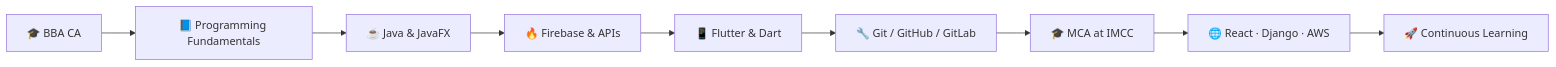
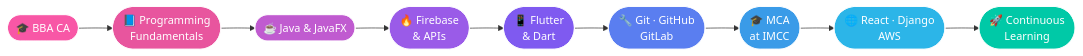
Before and after one commit to khadtarejuie375-debug/khadtarejuie375-debug: the diagram in README.md, drawn with Mermaid. The commit also changed other lines of this file, not shown here.

````diff
--- a/README.md
+++ b/README.md
@@ -148,11 +136,21 @@
 ```mermaid
 flowchart LR
-    A[🎓 BBA CA] --> B[📘 Programming Fundamentals]
-    B --> C[☕ Java & JavaFX]
-    C --> D[🔥 Firebase & APIs]
-    D --> E[📱 Flutter & Dart]
-    E --> F[🔧 Git / GitHub / GitLab]
-    F --> G[🎓 MCA at IMCC]
-    G --> H[🌐 React · Django · AWS]
-    H --> I[🚀 Continuous Learning]
+    A([🎓 BBA CA]) --> B([📘 Programming<br/>Fundamentals])
+    B --> C([☕ Java & JavaFX])
+    C --> D([🔥 Firebase<br/>& APIs])
+    D --> E([📱 Flutter<br/>& Dart])
+    E --> F([🔧 Git · GitHub<br/>GitLab])
+    F --> G([🎓 MCA<br/>at IMCC])
+    G --> H([🌐 React · Django<br/>AWS])
+    H --> I([🚀 Continuous<br/>Learning])
+
+    style A fill:#f857a6,stroke:#fff,color:#fff
+    style B fill:#e8559e,stroke:#fff,color:#fff
+    style C fill:#c05bd0,stroke:#fff,color:#fff
+    style D fill:#9a5be8,stroke:#fff,color:#fff
+    style E fill:#7f5af0,stroke:#fff,color:#fff
+    style F fill:#5a7ef0,stroke:#fff,color:#fff
+    style G fill:#3a9be8,stroke:#fff,color:#fff
+    style H fill:#2cb5e8,stroke:#fff,color:#fff
+    style I fill:#00c9a7,stroke:#fff,color:#fff
 ```
````
